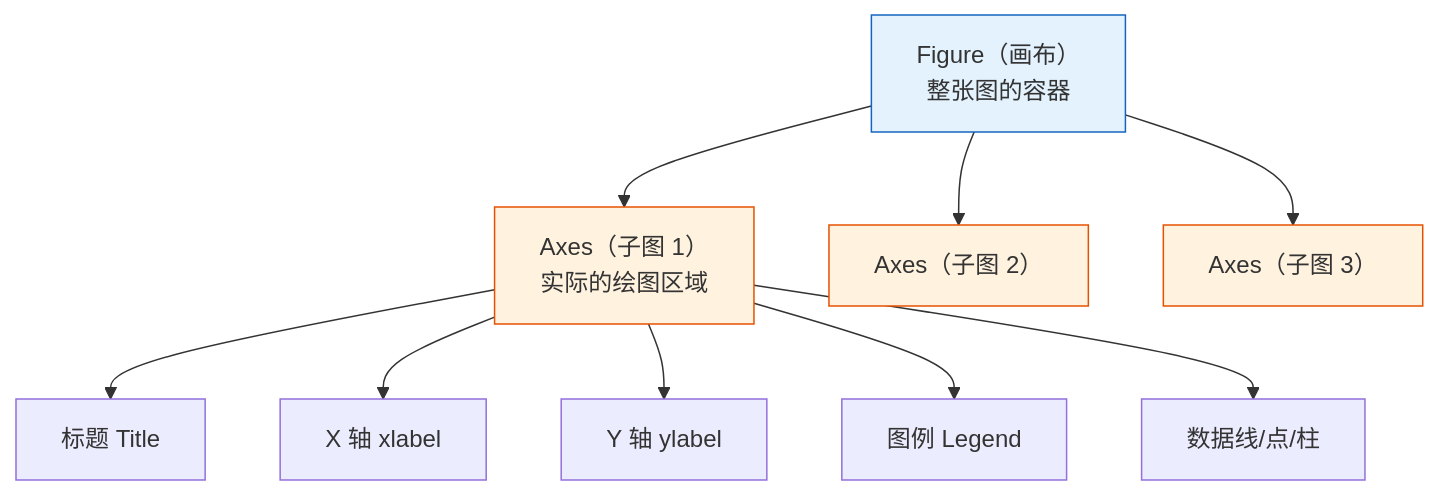
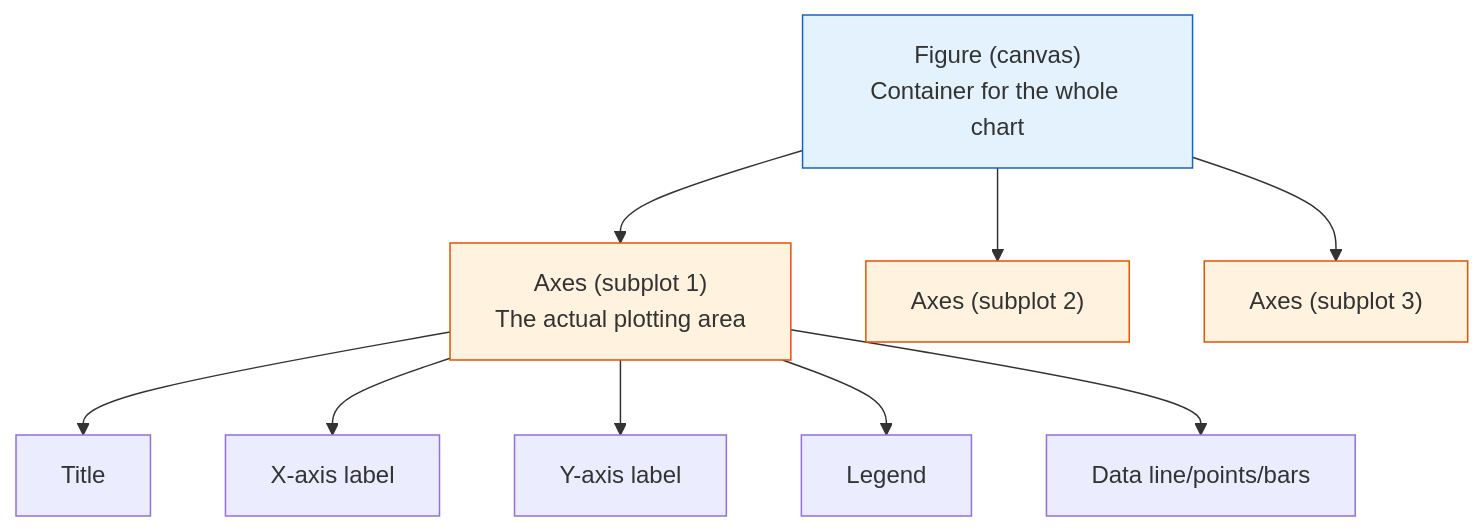
One commit to oudbiao/AI-fullstack-course changed the second of 3 diagrams in docs/ch03-data-analysis/ch04-visualization/01-matplotlib.md. Above: the diagram before and after it, drawn with Mermaid. The commit also changed other lines of this file and 1406 other files, not shown here.

````diff
--- a/docs/ch03-data-analysis/ch04-visualization/01-matplotlib.md
+++ b/docs/ch03-data-analysis/ch04-visualization/01-matplotlib.md
@@ -132,17 +132,17 @@
 ```mermaid
 flowchart TD
-    F["Figure（画布）<br/>整张图的容器"] --> A1["Axes（子图 1）<br/>实际的绘图区域"]
-    F --> A2["Axes（子图 2）"]
-    F --> A3["Axes（子图 3）"]
+    F["Figure (canvas)<br/>Container for the whole chart"] --> A1["Axes (subplot 1)<br/>The actual plotting area"]
+    F --> A2["Axes (subplot 2)"]
+    F --> A3["Axes (subplot 3)"]
 
-    A1 --> T1["标题 Title"]
-    A1 --> X1["X 轴 xlabel"]
-    A1 --> Y1["Y 轴 ylabel"]
-    A1 --> L1["图例 Legend"]
-    A1 --> D1["数据线/点/柱"]
+    A1 --> T1["Title"]
+    A1 --> X1["X-axis label"]
+    A1 --> Y1["Y-axis label"]
+    A1 --> L1["Legend"]
+    A1 --> D1["Data line/points/bars"]
 
     style F fill:#e3f2fd,stroke:#1565c0,color:#333
     style A1 fill:#fff3e0,stroke:#e65100,color:#333
     style A2 fill:#fff3e0,stroke:#e65100,color:#333
     style A3 fill:#fff3e0,stroke:#e65100,color:#333
 ```
````
